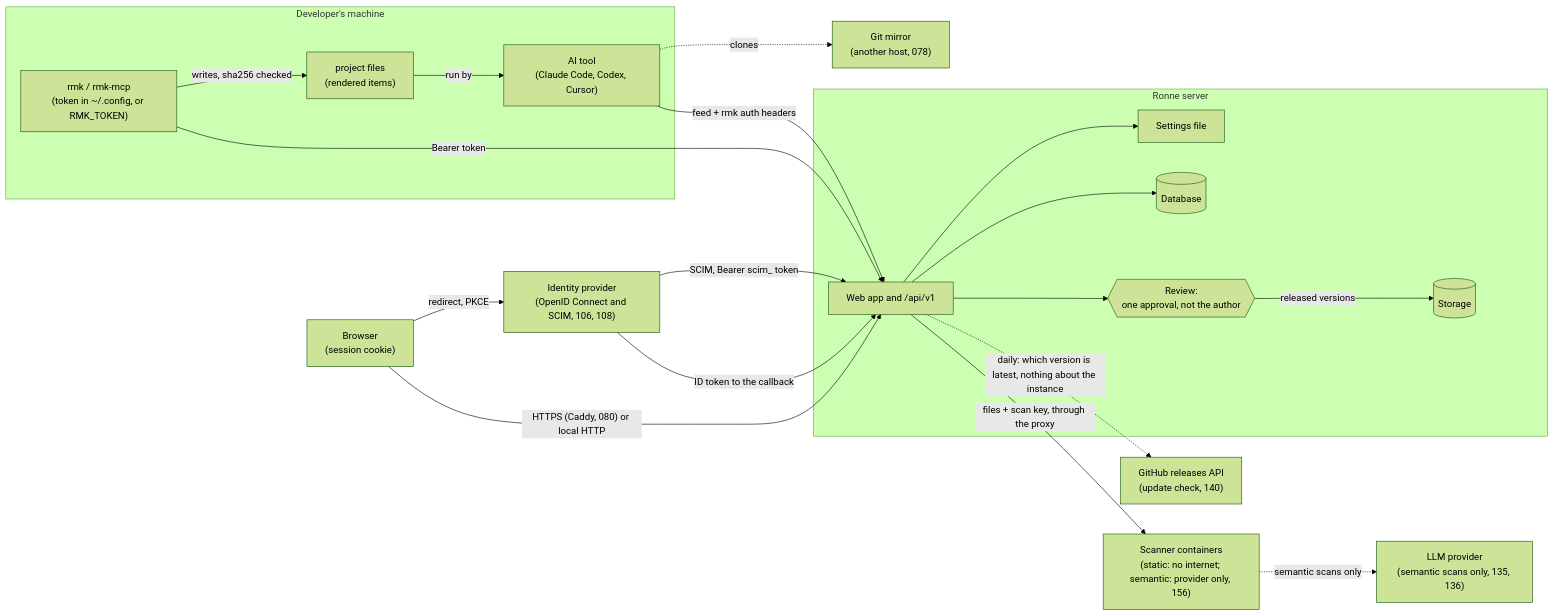
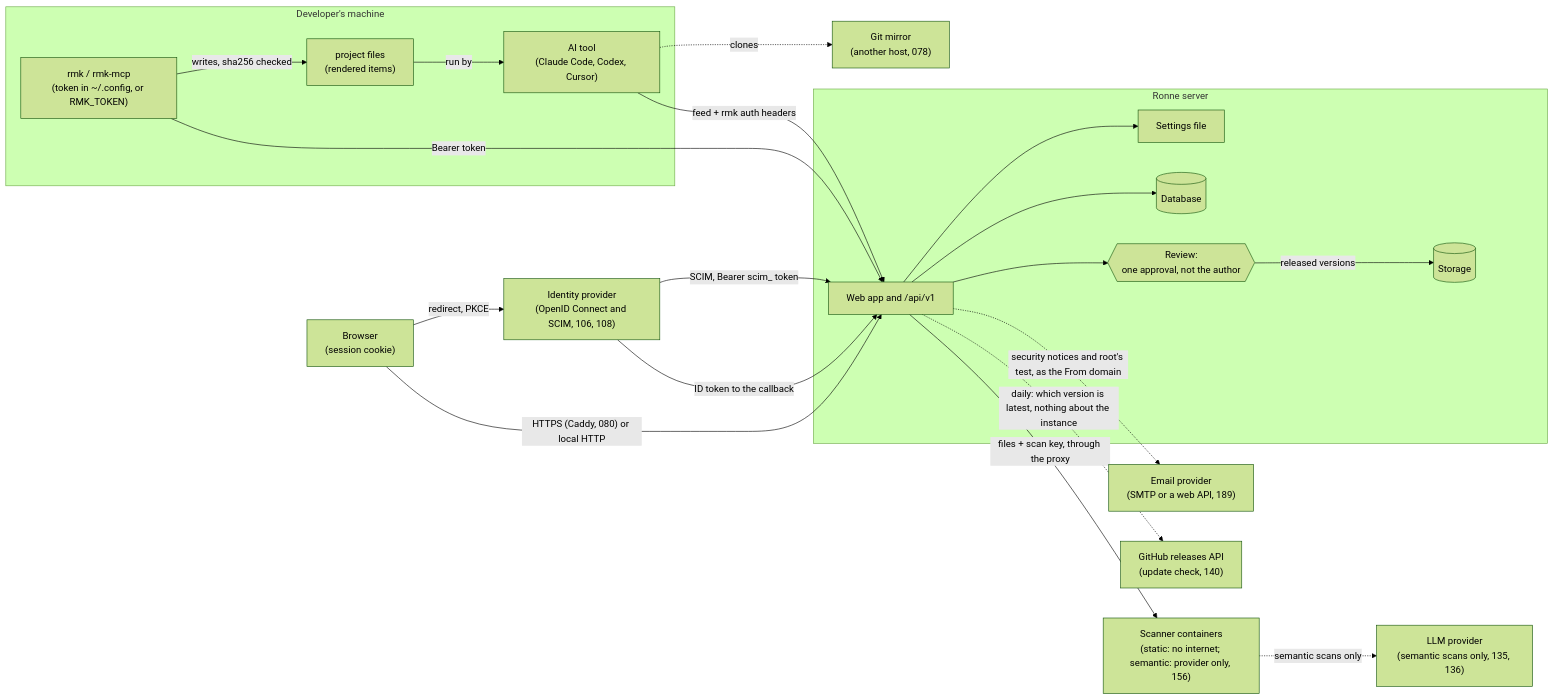
One commit to ronneai/ronne-marketplace changed the diagram in docs/security/threat-model.md. Above: the diagram before and after it, drawn with Mermaid (forest theme). The commit also changed other lines of this file and 123 other files, not shown here.

Commit message:
[feat] 189: Send email through SMTP or a provider's API (#322)

````diff
--- a/docs/security/threat-model.md
+++ b/docs/security/threat-model.md
@@ -63,38 +66,40 @@
 ```mermaid
 flowchart LR
   subgraph Dev["Developer's machine"]
     AI["AI tool<br/>(Claude Code, Codex, Cursor)"]
     RMK["rmk / rmk-mcp<br/>(token in ~/.config, or RMK_TOKEN)"]
     Files["project files<br/>(rendered items)"]
   end
   Browser["Browser<br/>(session cookie)"]
   subgraph Server["Ronne server"]
     Web["Web app and /api/v1"]
     Review{{"Review:<br/>one approval, not the author"}}
     DB[("Database")]
     Store[("Storage")]
     Env["Settings file"]
   end
   Mirror["Git mirror<br/>(another host, 078)"]
   Scanners["Scanner containers<br/>(static: no internet; semantic: provider only, 156)"]
   LLM["LLM provider<br/>(semantic scans only, 135, 136)"]
   IdP["Identity provider<br/>(OpenID Connect and SCIM, 106, 108)"]
   GitHub["GitHub releases API<br/>(update check, 140)"]
+  Mail["Email provider<br/>(SMTP or a web API, 189)"]
 
   Browser -- "HTTPS (Caddy, 080) or local HTTP" --> Web
   RMK -- "Bearer token" --> Web
   AI -- "feed + rmk auth headers" --> Web
   AI -. "clones" .-> Mirror
   Browser -- "redirect, PKCE" --> IdP
   IdP -- "ID token to the callback" --> Web
   IdP -- "SCIM, Bearer scim_ token" --> Web
   RMK -- "writes, sha256 checked" --> Files
   Files -- "run by" --> AI
   Web -- "files + scan key, through the proxy" --> Scanners
   Scanners -. "semantic scans only" .-> LLM
   Web -. "daily: which version is latest, nothing about the instance" .-> GitHub
+  Web -. "security notices and root's test, as the From domain" .-> Mail
   Web --> Review
   Review -- "released versions" --> Store
   Web --> DB
   Web --> Env
 ```
````
